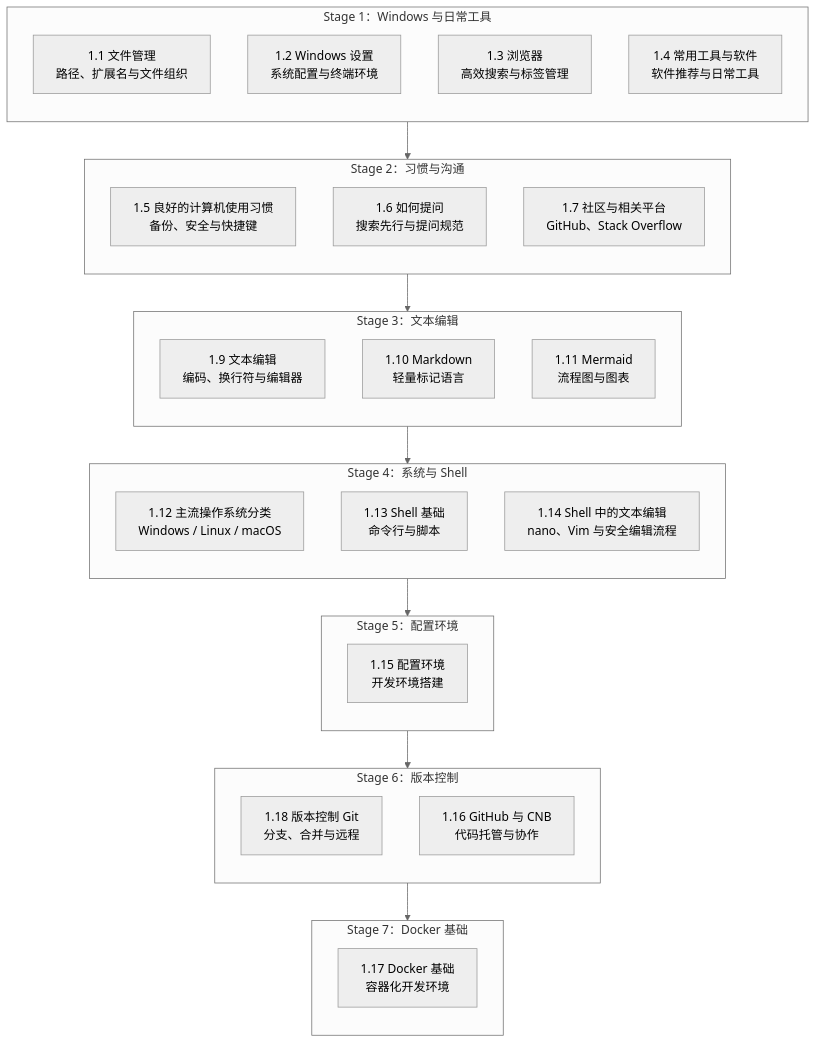
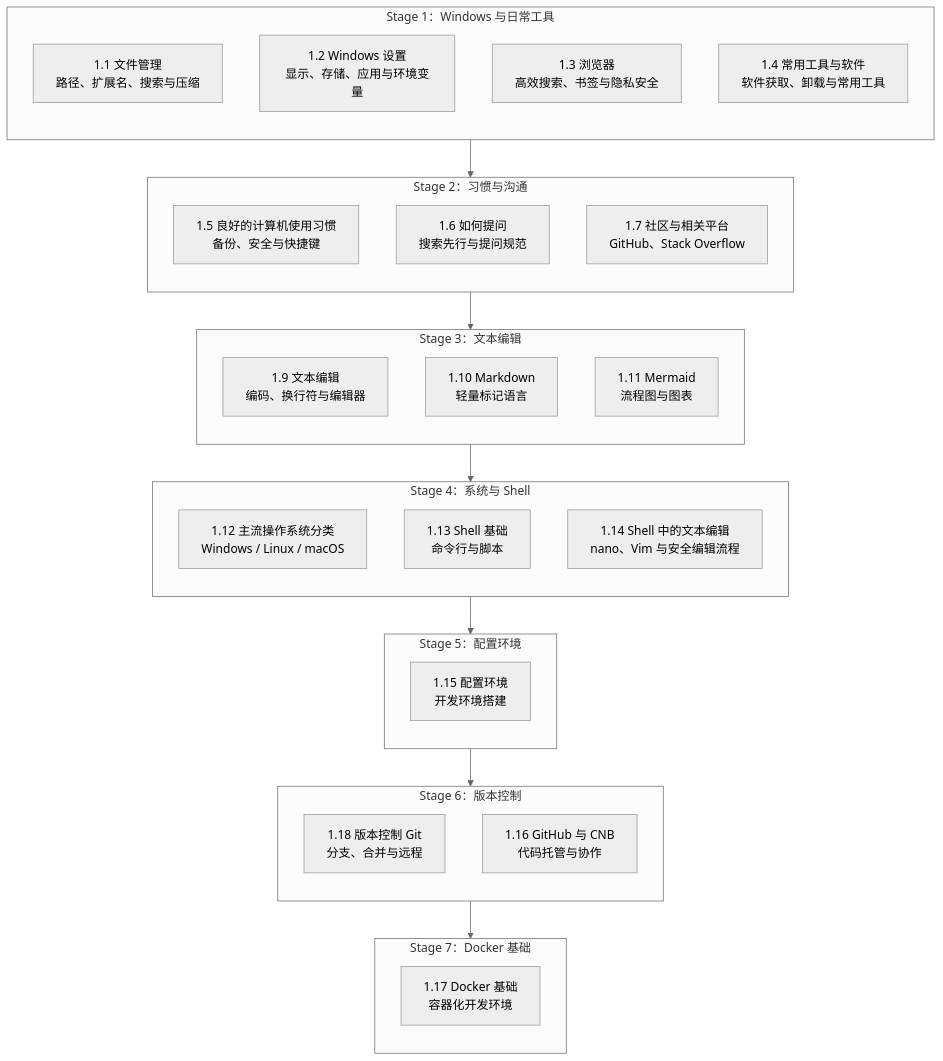
One commit to SSJ-ZYJ/Neoverse-Doc changed the diagram in content/docs/zh/ch1/index.mdx. Above: the diagram before and after it, drawn with Mermaid (neutral theme). The commit also changed other lines of this file and 4 other files, not shown here.

````diff
--- a/content/docs/zh/ch1/index.mdx
+++ b/content/docs/zh/ch1/index.mdx
@@ -26,49 +26,49 @@
 ```mermaid
 flowchart TD
     subgraph S1[Stage 1：Windows 与日常工具]
         direction TB
-        S1_1["1.1 文件管理<br/>路径、扩展名与文件组织"]
-        S1_2["1.2 Windows 设置<br/>系统配置与终端环境"]
-        S1_3["1.3 浏览器<br/>高效搜索与标签管理"]
-        S1_4["1.4 常用工具与软件<br/>软件推荐与日常工具"]
+        S1_1["1.1 文件管理<br/>路径、扩展名、搜索与压缩"]
+        S1_2["1.2 Windows 设置<br/>显示、存储、应用与环境变量"]
+        S1_3["1.3 浏览器<br/>高效搜索、书签与隐私安全"]
+        S1_4["1.4 常用工具与软件<br/>软件获取、卸载与常用工具"]
     end
 
     subgraph S2[Stage 2：习惯与沟通]
         direction TB
         S2_1["1.5 良好的计算机使用习惯<br/>备份、安全与快捷键"]
         S2_2["1.6 如何提问<br/>搜索先行与提问规范"]
         S2_3["1.7 社区与相关平台<br/>GitHub、Stack Overflow"]
     end
 
     subgraph S3[Stage 3：文本编辑]
         direction TB
         S3_1["1.9 文本编辑<br/>编码、换行符与编辑器"]
         S3_2["1.10 Markdown<br/>轻量标记语言"]
         S3_3["1.11 Mermaid<br/>流程图与图表"]
     end
 
     subgraph S4[Stage 4：系统与 Shell]
         direction TB
         S4_1["1.12 主流操作系统分类<br/>Windows / Linux / macOS"]
         S4_2["1.13 Shell 基础<br/>命令行与脚本"]
         S4_3["1.14 Shell 中的文本编辑<br/>nano、Vim 与安全编辑流程"]
     end
 
     subgraph S5[Stage 5：配置环境]
         direction TB
         S5_1["1.15 配置环境<br/>开发环境搭建"]
     end
 
     subgraph S6[Stage 6：版本控制]
         direction TB
         S6_1["1.18 版本控制 Git<br/>分支、合并与远程"]
         S6_2["1.16 GitHub 与 CNB<br/>代码托管与协作"]
     end
 
     subgraph S7[Stage 7：Docker 基础]
         direction TB
         S7_1["1.17 Docker 基础<br/>容器化开发环境"]
     end
 
     S1 --> S2 --> S3 --> S4 --> S5 --> S6 --> S7
 ```
````
